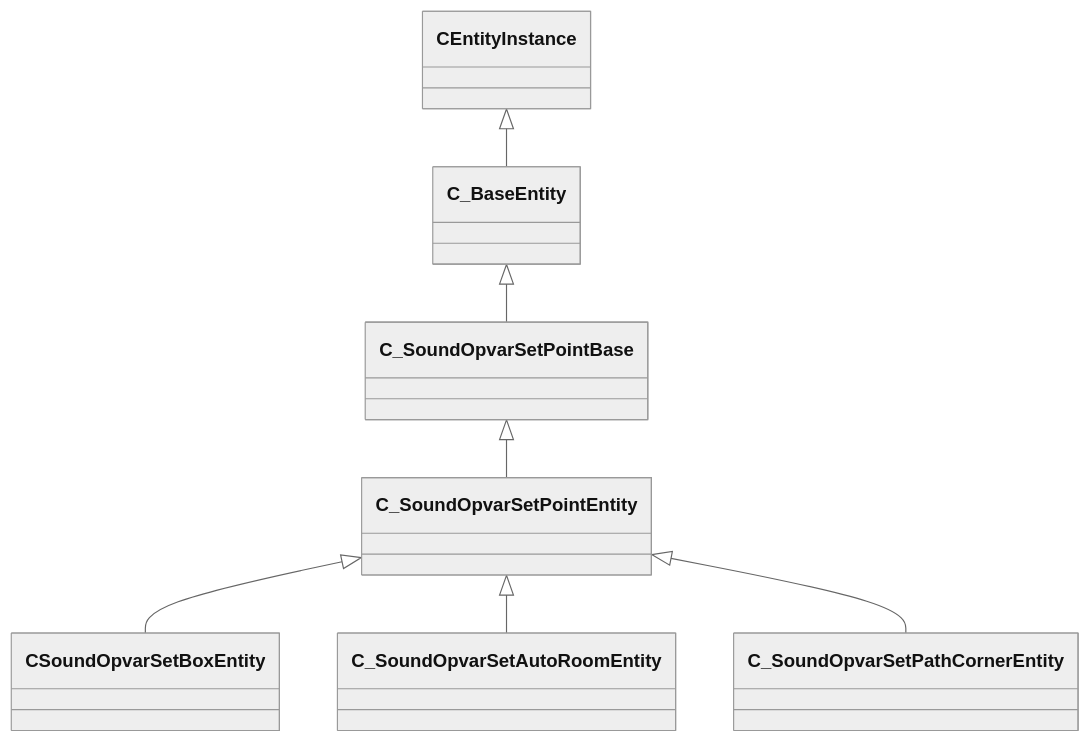
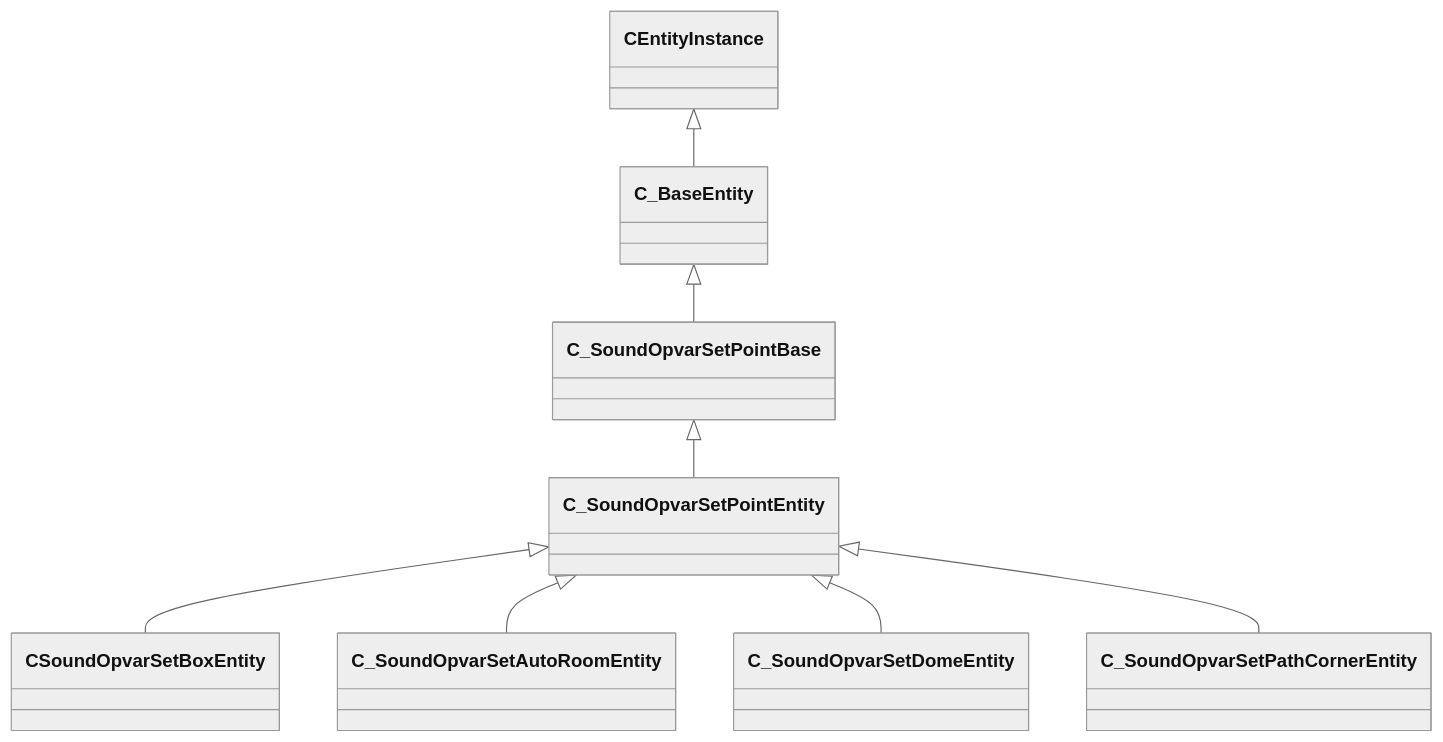
Before and after one commit to CS2OpenDev/CS2OpenDev-Docs: the diagram in docs/generated/schemas/client/C_SoundOpvarSetPointEntity.md, drawn with Mermaid (neutral theme). The commit also changed other lines of this file and 4654 other files, not shown here.

Commit message:
docs: regenerate for SchemaTracker build 25947352 [skip ci]

````diff
--- a/docs/generated/schemas/client/C_SoundOpvarSetPointEntity.md
+++ b/docs/generated/schemas/client/C_SoundOpvarSetPointEntity.md
@@ -21,9 +21,10 @@
 ```mermaid
 classDiagram
     C_SoundOpvarSetPointBase <|-- C_SoundOpvarSetPointEntity
     C_BaseEntity <|-- C_SoundOpvarSetPointBase
     CEntityInstance <|-- C_BaseEntity
     C_SoundOpvarSetPointEntity <|-- CSoundOpvarSetBoxEntity
     C_SoundOpvarSetPointEntity <|-- C_SoundOpvarSetAutoRoomEntity
+    C_SoundOpvarSetPointEntity <|-- C_SoundOpvarSetDomeEntity
     C_SoundOpvarSetPointEntity <|-- C_SoundOpvarSetPathCornerEntity
 ```
````
